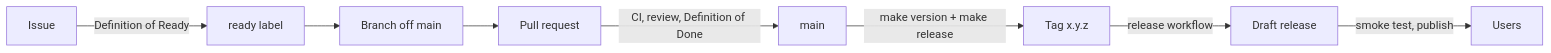
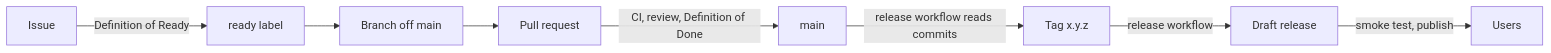
The diagram in docs/sdlc.md (sushantg2001/second-brain-os), drawn with Mermaid before and after one commit. The commit also changed other lines of this file and 7 other files, not shown here.

First line of the commit message:
ci: version, tag and release automatically from conventional commits

````diff
--- a/docs/sdlc.md
+++ b/docs/sdlc.md
@@ -5,10 +5,10 @@
 ```mermaid
 flowchart LR
   idea[Issue] -->|Definition of Ready| ready[ready label]
   ready --> branch[Branch off main]
   branch --> pr[Pull request]
   pr -->|CI, review, Definition of Done| main[main]
-  main -->|make version + make release| tag[Tag x.y.z]
+  main -->|release workflow reads commits| tag[Tag x.y.z]
   tag -->|release workflow| draft[Draft release]
   draft -->|smoke test, publish| users[Users]
 ```
````
